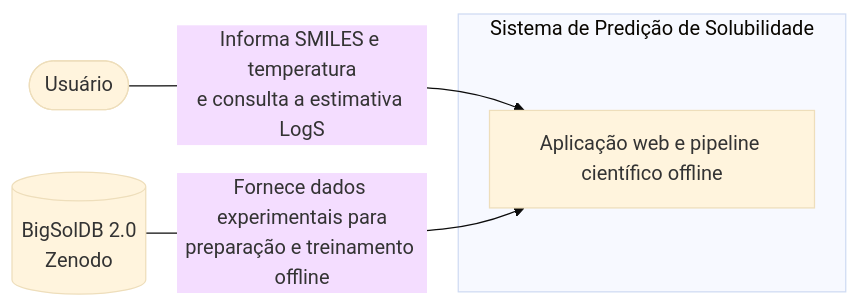
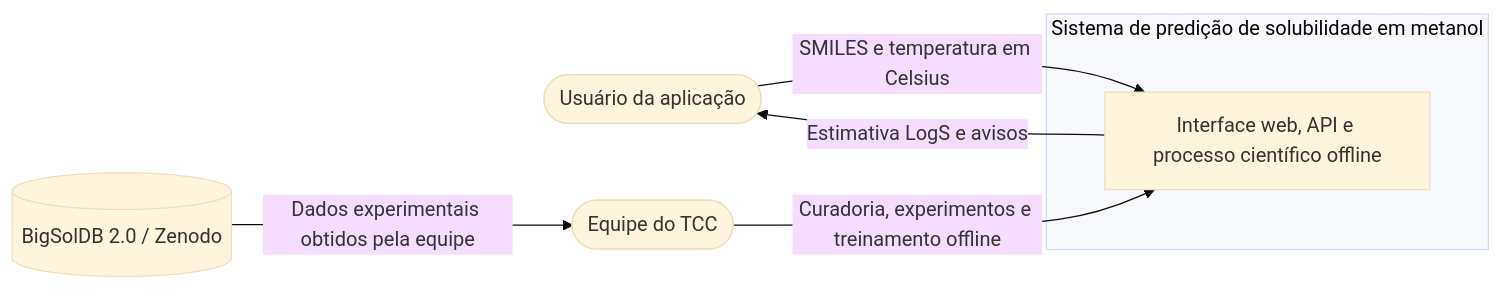
Before and after one commit to Wendel-Costa/tcc-predicao-solubilidade: the diagram in docs/diagramas/01-diagrama-contexto.md, drawn with Mermaid (base theme). The commit also changed other lines of this file and 5 other files, not shown here.

Commit message:
docs: atualizar diagramas da arquitetura e fluxo cientifico

````diff
--- a/docs/diagramas/01-diagrama-contexto.md
+++ b/docs/diagramas/01-diagrama-contexto.md
@@ -12,14 +9,13 @@
 ```mermaid
 flowchart LR
-    usuario(["Usuário"])
-
-    bigsoldb[("BigSolDB 2.0<br/>Zenodo")]
-
-    subgraph sistema["Sistema de Predição de Solubilidade"]
-        aplicacao["Aplicação web e pipeline científico offline"]
+    usuario(["Usuário da aplicação"])
+    equipe(["Equipe do TCC"])
+    fonte[("BigSolDB 2.0 / Zenodo")]
+    subgraph sistema["Sistema de predição de solubilidade em metanol"]
+        prototipo["Interface web, API e processo científico offline"]
     end
-
-    usuario -->|"Informa SMILES e temperatura<br/>e consulta a estimativa LogS"| aplicacao
-
-    bigsoldb -->|"Fornece dados experimentais para<br/>preparação e treinamento offline"| aplicacao
+    usuario -->|"SMILES e temperatura em Celsius"| prototipo
+    prototipo -->|"Estimativa LogS e avisos"| usuario
+    fonte -->|"Dados experimentais obtidos pela equipe"| equipe
+    equipe -->|"Curadoria, experimentos e treinamento offline"| prototipo
 ```
````
